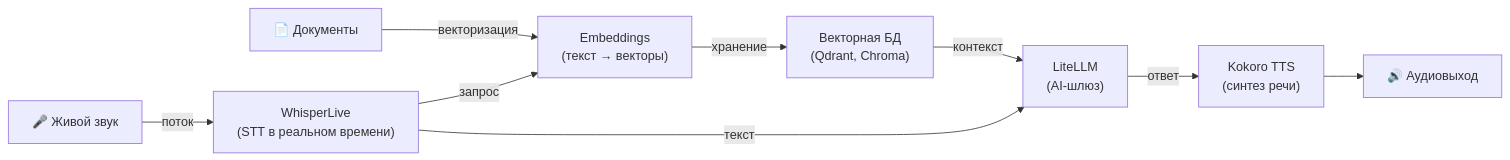
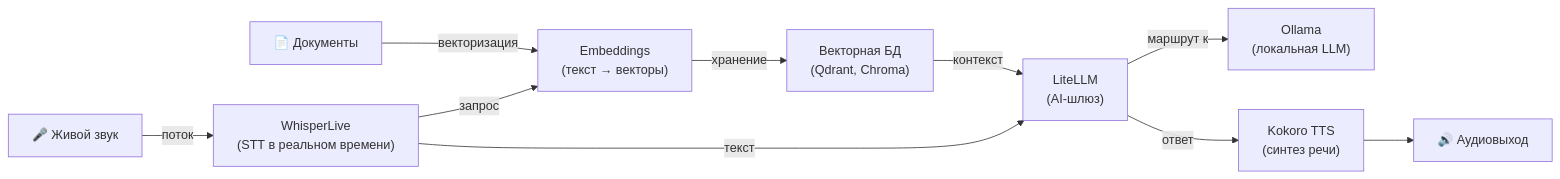
The diagram in README-ru.md (hwdsl2/docker-whisper-live), drawn with Mermaid before and after one commit. The commit also changed other lines of this file and 3 other files, not shown here.

````diff
--- a/README-ru.md
+++ b/README-ru.md
@@ -550,11 +550,12 @@
 ```mermaid
 graph LR
     D["📄 Документы"] -->|векторизация| E["Embeddings<br/>(текст → векторы)"]
     E -->|хранение| VDB["Векторная БД<br/>(Qdrant, Chroma)"]
     A["🎤 Живой звук"] -->|поток| WL["WhisperLive<br/>(STT в реальном времени)"]
     WL -->|запрос| E
     VDB -->|контекст| L["LiteLLM<br/>(AI-шлюз)"]
     WL -->|текст| L
+    L -->|маршрут к| O["Ollama<br/>(локальная LLM)"]
     L -->|ответ| T["Kokoro TTS<br/>(синтез речи)"]
     T --> B["🔊 Аудиовыход"]
 ```
````
